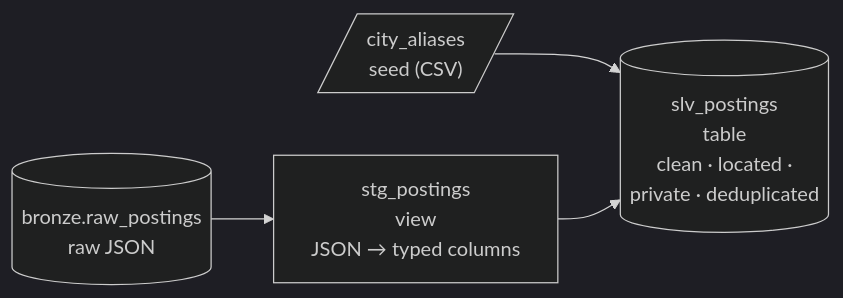
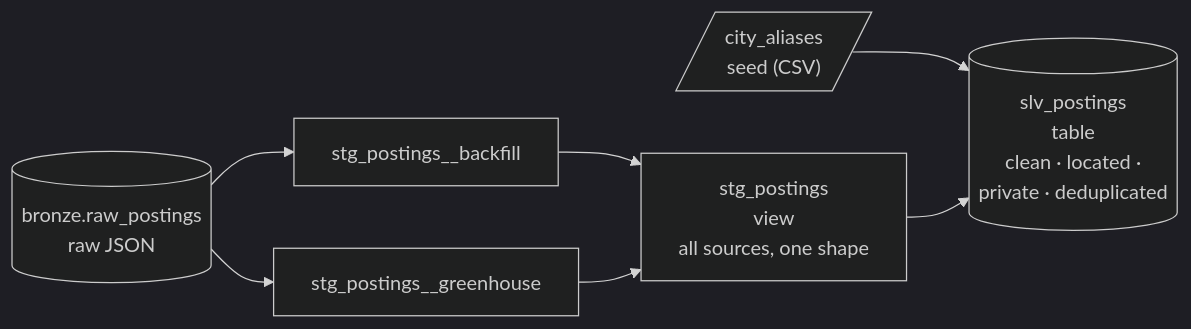
The diagram in docs/pipeline/silver.md (vvanurag/job-market-assistant), drawn with Mermaid (dark theme) before and after one commit. The commit also changed other lines of this file and 16 other files, not shown here.

````diff
--- a/docs/pipeline/silver.md
+++ b/docs/pipeline/silver.md
@@ -15,6 +15,7 @@
 ```mermaid
 flowchart LR
-    B[("bronze.raw_postings<br/>raw JSON")] --> S["stg_postings<br/>view<br/>JSON → typed columns"]
+    B[("bronze.raw_postings<br/>raw JSON")] --> S1["stg_postings__backfill"] & S2["stg_postings__greenhouse"]
+    S1 & S2 --> S["stg_postings<br/>view<br/>all sources, one shape"]
     A[/"city_aliases<br/>seed (CSV)"/] --> P
     S --> P[("slv_postings<br/>table<br/>clean · located ·<br/>private · deduplicated")]
 ```
````
